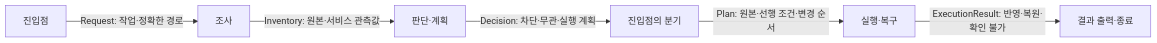
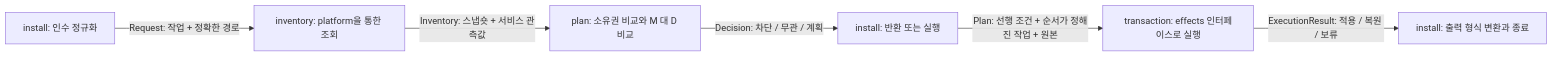
One commit to AidALL/ghost-alice changed the second of 6 diagrams in docs/ko/coding-convention/specs/2026-10-15-gateway-installer-design.md. Above: the diagram before and after it, drawn with Mermaid. The commit also changed other lines of this file and 43 other files, not shown here.

````diff
--- a/docs/ko/coding-convention/specs/2026-10-15-gateway-installer-design.md
+++ b/docs/ko/coding-convention/specs/2026-10-15-gateway-installer-design.md
@@ -45,8 +105,8 @@
 ```mermaid
 flowchart LR
-    E["진입점"] -->|"Request: 작업·정확한 경로"| I["조사"]
-    I -->|"Inventory: 원본·서비스 관측값"| P["판단·계획"]
-    P -->|"Decision: 차단·무관·실행 계획"| B["진입점의 분기"]
-    B -->|"Plan: 원본·선행 조건·변경 순서"| T["실행·복구"]
-    T -->|"ExecutionResult: 반영·복원·확인 불가"| R["결과 출력·종료"]
+    E["install: 인수 정규화"] -->|"Request: 작업 + 정확한 경로"| I["inventory: platform을 통한 조회"]
+    I -->|"Inventory: 스냅숏 + 서비스 관측값"| P["plan: 소유권 비교와 M 대 D 비교"]
+    P -->|"Decision: 차단 / 무관 / 계획"| E2["install: 반환 또는 실행"]
+    E2 -->|"Plan: 선행 조건 + 순서가 정해진 작업 + 원본"| T["transaction: effects 인터페이스로 실행"]
+    T -->|"ExecutionResult: 적용 / 복원 / 보류"| E3["install: 출력 형식 변환과 종료"]
 ```
````
